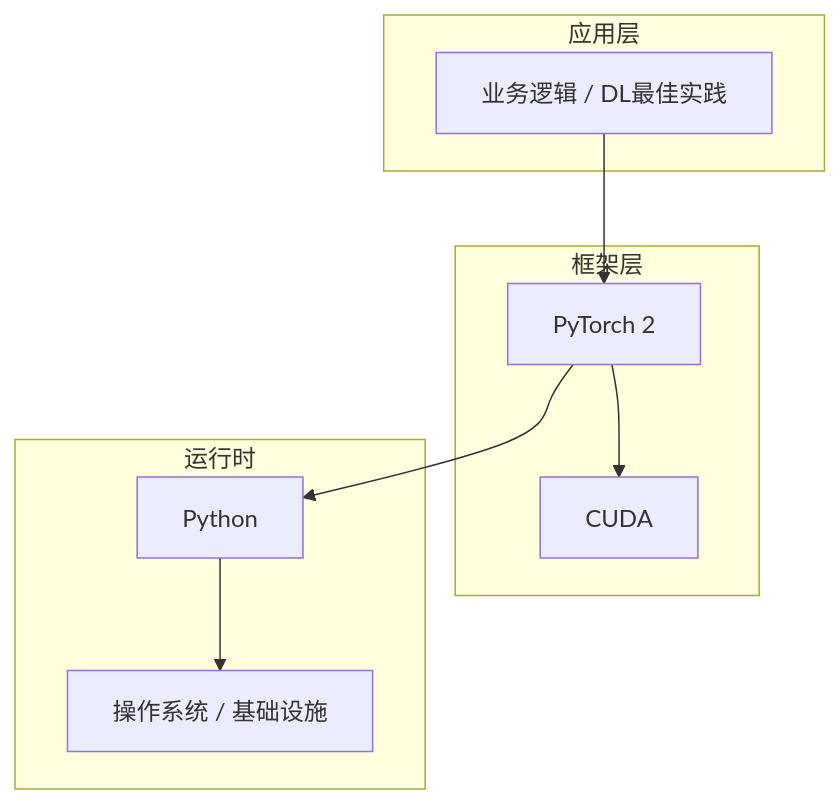
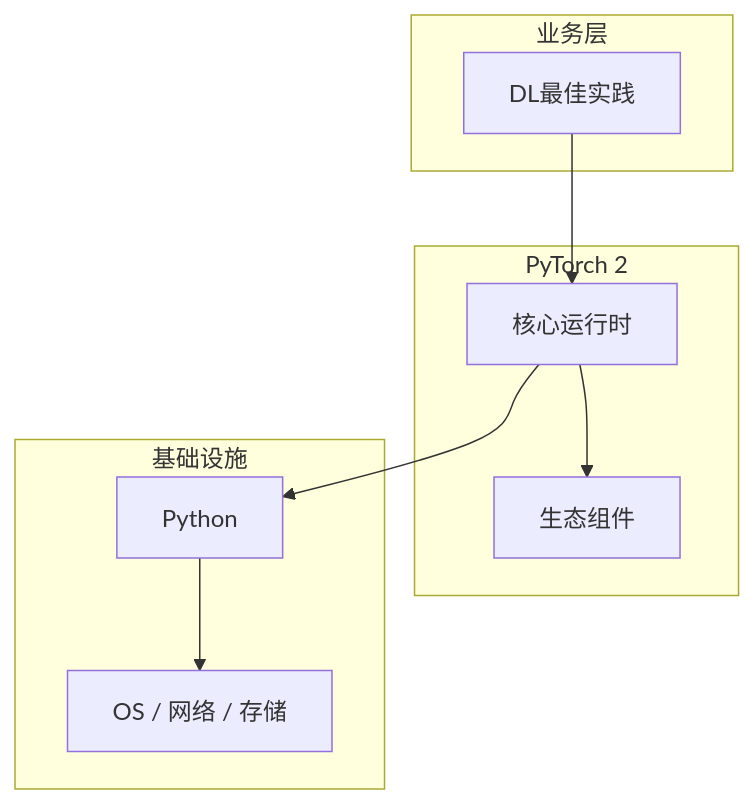
The diagram in articles/深度学习/chapters/116-DL最佳实践核心概念与原理.md (yanggan2015/knowledge-json-v2), drawn with Mermaid before and after one commit. The commit also changed other lines of this file and 10127 other files, not shown here.

````diff
--- a/articles/深度学习/chapters/116-DL最佳实践核心概念与原理.md
+++ b/articles/深度学习/chapters/116-DL最佳实践核心概念与原理.md
@@ -45,18 +34,18 @@
 ```mermaid
 graph TB
-    subgraph 应用层
-        A[业务逻辑 / DL最佳实践]
+    subgraph 业务层
+        A[DL最佳实践]
     end
-    subgraph 框架层
-        B[PyTorch 2]
-        C[CUDA]
+    subgraph PyTorch 2
+        B[核心运行时]
+        C[生态组件]
     end
-    subgraph 运行时
+    subgraph 基础设施
         D[Python]
-        E[操作系统 / 基础设施]
+        E[OS / 网络 / 存储]
     end
     A --> B
     B --> C
     B --> D
     D --> E
 ```
````
